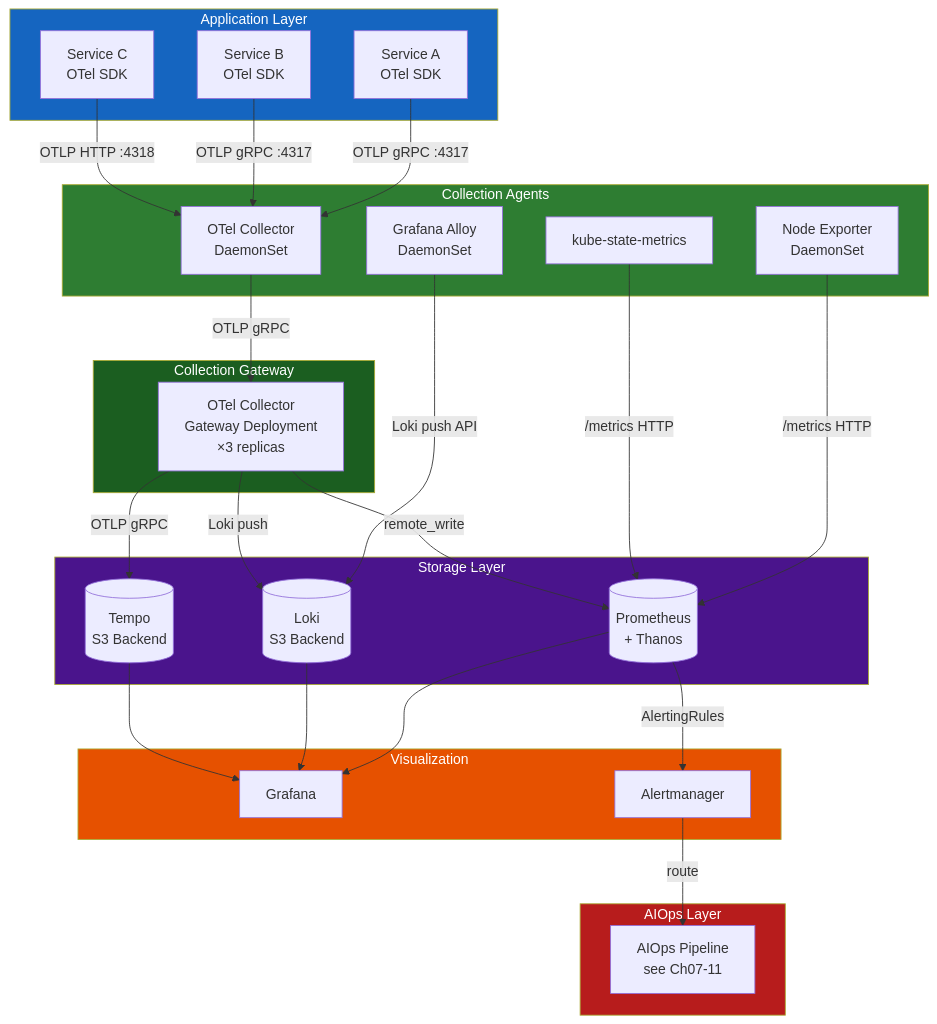
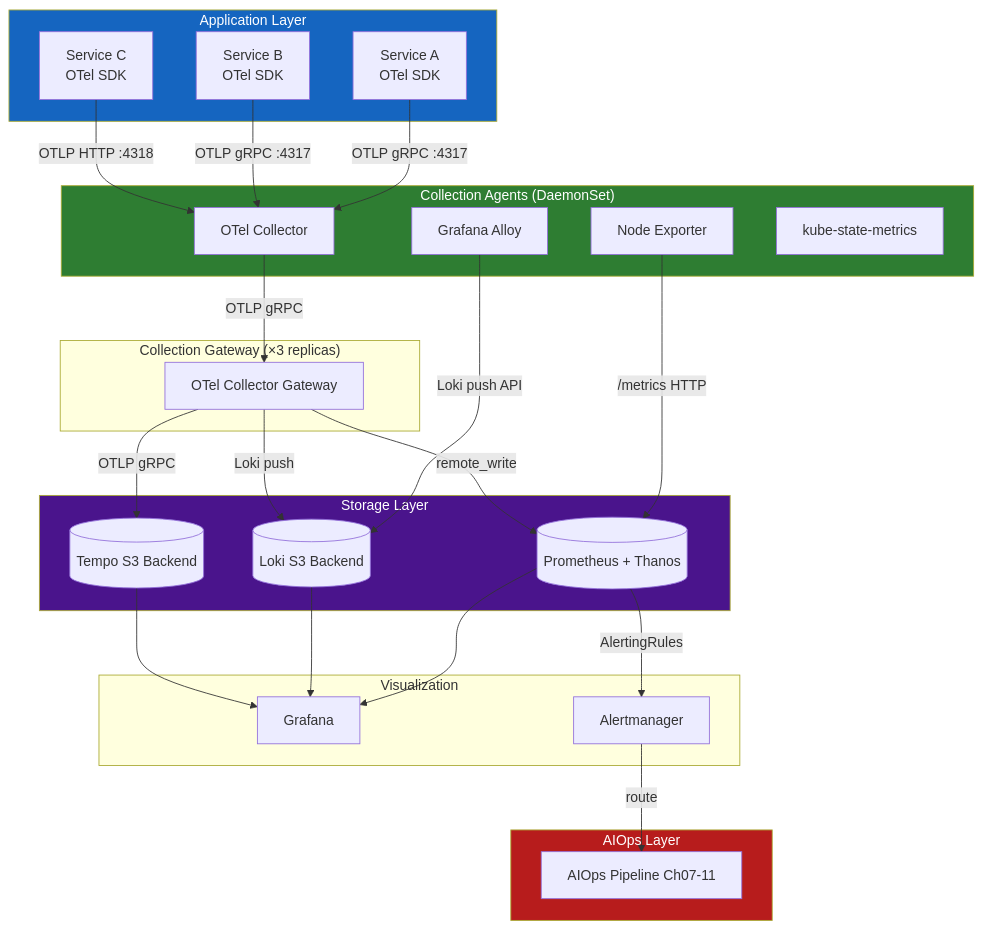
Before and after one commit to XUanhoa04/aiops-engineering-handbook: the fifth of 6 diagrams in docs/vi/01-observability/README.vi.md, drawn with Mermaid. The commit also changed other lines of this file and 3 other files, not shown here.

````diff
--- a/docs/vi/01-observability/README.vi.md
+++ b/docs/vi/01-observability/README.vi.md
@@ -762,57 +743,54 @@
 ```mermaid
 flowchart TD
     subgraph Apps["Application Layer"]
         SVC1[Service A\nOTel SDK]
         SVC2[Service B\nOTel SDK]
         SVC3[Service C\nOTel SDK]
     end
 
-    subgraph Agents["Collection Agents"]
-        OTC[OTel Collector\nDaemonSet]
-        PROMTAIL[Grafana Alloy\nDaemonSet]
-        NODE[Node Exporter\nDaemonSet]
+    subgraph Agents["Collection Agents (DaemonSet)"]
+        OTC[OTel Collector]
+        PROMTAIL[Grafana Alloy]
+        NODE[Node Exporter]
         KUBELET[kube-state-metrics]
     end
 
-    subgraph Gateway["Collection Gateway"]
-        OTCGW[OTel Collector\nGateway Deployment\n×3 replicas]
+    subgraph Gateway["Collection Gateway (×3 replicas)"]
+        OTCGW[OTel Collector Gateway]
     end
 
     subgraph Storage["Storage Layer"]
-        PROM[(Prometheus\n+ Thanos)]
-        LOKI[(Loki\nS3 Backend)]
-        TEMPO[(Tempo\nS3 Backend)]
+        PROM[(Prometheus + Thanos)]
+        LOKI[(Loki S3 Backend)]
+        TEMPO[(Tempo S3 Backend)]
     end
 
     subgraph Viz["Visualization"]
         GRF[Grafana]
         AM[Alertmanager]
     end
 
     subgraph AIOps["AIOps Layer"]
-        AIOPS[AIOps Pipeline\nsee Ch07-11]
+        AIOPS[AIOps Pipeline Ch07-11]
     end
 
     SVC1 -->|OTLP gRPC :4317| OTC
     SVC2 -->|OTLP gRPC :4317| OTC
     SVC3 -->|OTLP HTTP :4318| OTC
     OTC -->|OTLP gRPC| OTCGW
     PROMTAIL -->|Loki push API| LOKI
     NODE -->|/metrics HTTP| PROM
-    KUBELET -->|/metrics HTTP| PROM
     OTCGW -->|remote_write| PROM
     OTCGW -->|Loki push| LOKI
     OTCGW -->|OTLP gRPC| TEMPO
     PROM --> GRF
     LOKI --> GRF
     TEMPO --> GRF
     PROM -->|AlertingRules| AM
     AM -->|route| AIOPS
 
     style Apps fill:#1565c0,color:#fff
     style Agents fill:#2e7d32,color:#fff
-    style Gateway fill:#1b5e20,color:#fff
     style Storage fill:#4a148c,color:#fff
-    style Viz fill:#e65100,color:#fff
     style AIOps fill:#b71c1c,color:#fff
 ```
````
